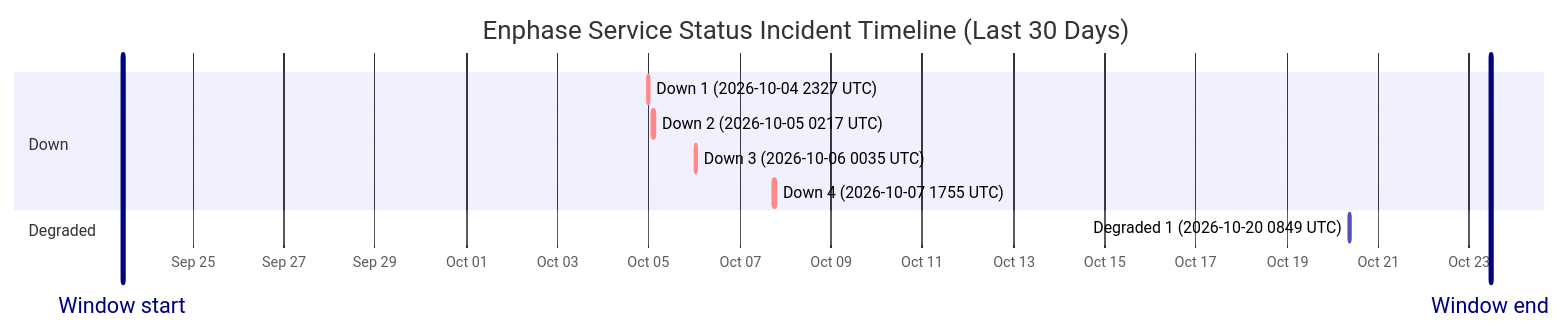
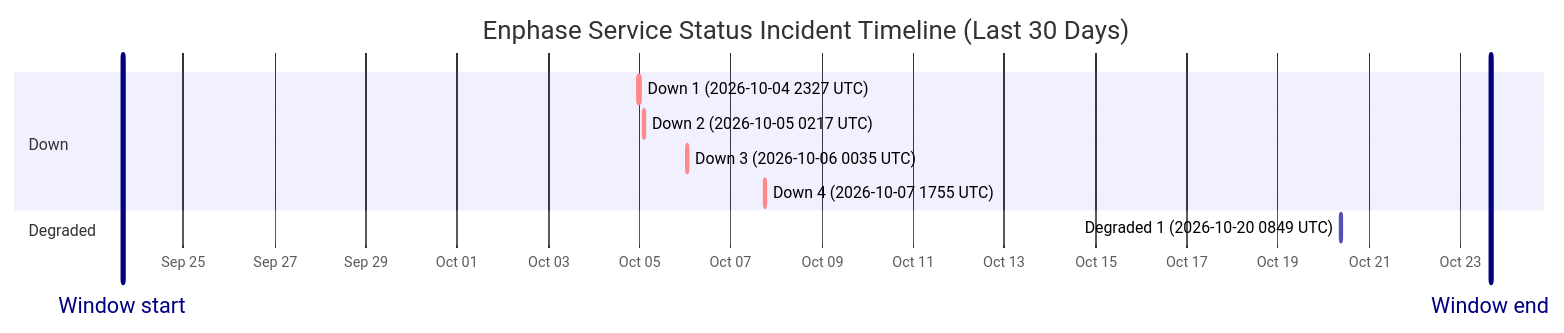
The diagram in wiki/Service-Status-History.md (barneyonline/ha-enphase-energy), drawn with Mermaid before and after one commit. The commit also changed other lines of this file and 3 other files, not shown here.

````diff
--- a/wiki/Service-Status-History.md
+++ b/wiki/Service-Status-History.md
@@ -14,15 +14,15 @@
 ```mermaid
 gantt
     title Enphase Service Status Incident Timeline (Last 30 Days)
     dateFormat  YYYY-MM-DDTHH:mm:ss
     axisFormat  %b %d
-    Window start :vert, window-start, 2026-09-23T11:02:28, 0ms
-    Window end :vert, window-end, 2026-10-23T11:02:28, 0ms
+    Window start :vert, window-start, 2026-09-23T15:48:55, 0ms
+    Window end :vert, window-end, 2026-10-23T15:48:55, 0ms
     section Down
     Down 1 (2026-10-04 2327 UTC) :crit, down-1, 2026-10-04T23:27:34, 60m
     Down 2 (2026-10-05 0217 UTC) :crit, down-2, 2026-10-05T02:17:30, 60m
     Down 3 (2026-10-06 0035 UTC) :crit, down-3, 2026-10-06T00:35:21, 60m
     Down 4 (2026-10-07 1755 UTC) :crit, down-4, 2026-10-07T17:55:16, 60m
     section Degraded
     Degraded 1 (2026-10-20 0849 UTC) :active, degraded-1, 2026-10-20T08:49:49, 60m
 ```
````
